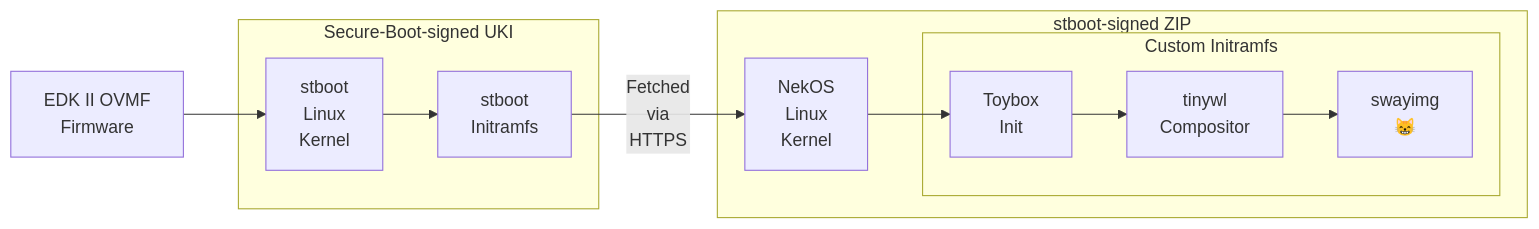
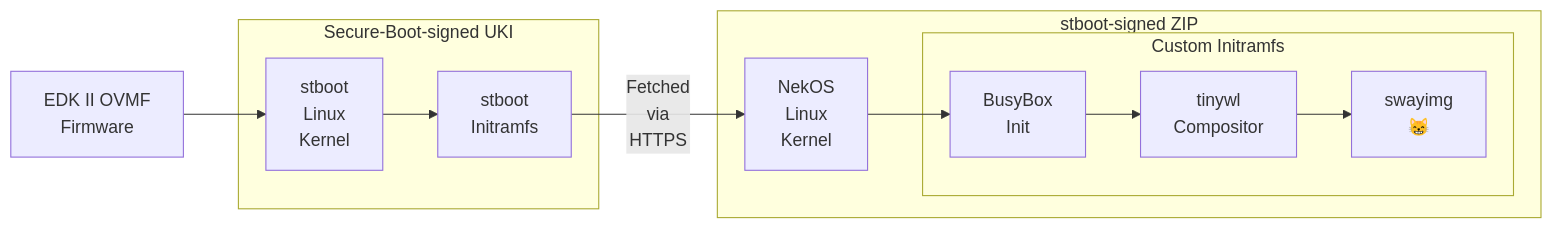
One commit to alexhaydock/NekOS changed the second of 2 diagrams in README.md. Above: the diagram before and after it, drawn with Mermaid. The commit also changed other lines of this file, not shown here.

````diff
--- a/README.md
+++ b/README.md
@@ -58,16 +58,16 @@
 ```mermaid
 flowchart LR
     fw[EDK II OVMF<br>Firmware] --> sbkern
     subgraph Secure-Boot-signed UKI
         sbkern[stboot<br>Linux<br>Kernel]-->sbinit[stboot<br>Initramfs]
     end
     sbinit --Fetched<br>via<br>HTTPS--> kernel[NekOS<br>Linux<br>Kernel]
     subgraph stboot-signed ZIP
         subgraph Custom Initramfs 
-            init[Toybox<br>Init]
+            init[BusyBox<br>Init]
             init --> tinywl[tinywl<br>Compositor]
             tinywl --> swayimg[swayimg<br>😸]
         end
         kernel --> init
     end
 ```
````
